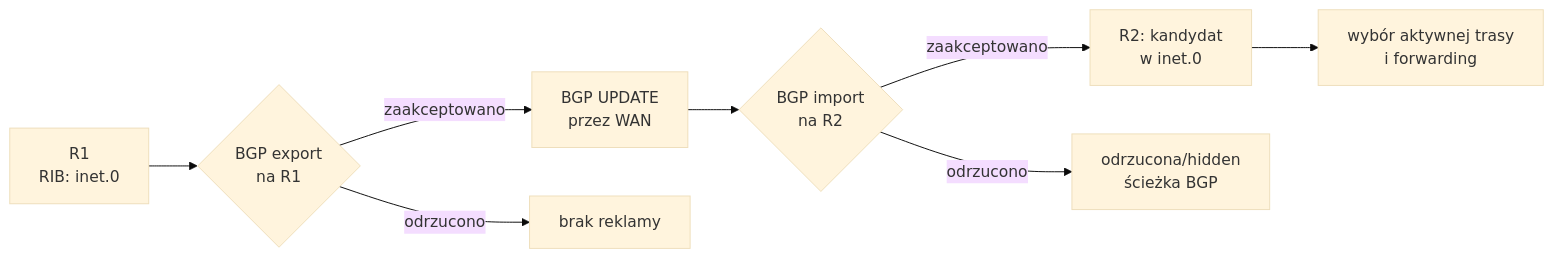
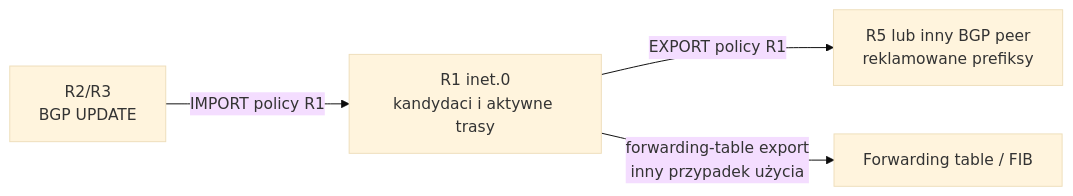
One commit to nelto79/jncip changed the second of 8 diagrams in docs/chapters/JUNOS_Rozdzial_08_Routing_Policy_and_Firewall_Filters.md. Above: the diagram before and after it, drawn with Mermaid (base theme). The commit also changed other lines of this file, not shown here.

````diff
--- a/docs/chapters/JUNOS_Rozdzial_08_Routing_Policy_and_Firewall_Filters.md
+++ b/docs/chapters/JUNOS_Rozdzial_08_Routing_Policy_and_Firewall_Filters.md
@@ -91,10 +110,6 @@
 ```mermaid
 flowchart LR
-    A["R1<br/>RIB: inet.0"] --> B{"BGP export<br/>na R1"}
-    B -->|zaakceptowano| C["BGP UPDATE<br/>przez WAN"]
-    B -->|odrzucono| X["brak reklamy"]
-    C --> D{"BGP import<br/>na R2"}
-    D -->|zaakceptowano| E["R2: kandydat<br/>w inet.0"]
-    D -->|odrzucono| H["odrzucona/hidden<br/>ścieżka BGP"]
-    E --> F["wybór aktywnej trasy<br/>i forwarding"]
+    B["R2/R3<br/>BGP UPDATE"] -->|"IMPORT policy R1"| RIB["R1 inet.0<br/>kandydaci i aktywne trasy"]
+    RIB -->|"EXPORT policy R1"| A["R5 lub inny BGP peer<br/>reklamowane prefiksy"]
+    RIB -->|"forwarding-table export<br/>inny przypadek użycia"| FIB["Forwarding table / FIB"]
 ```
````
